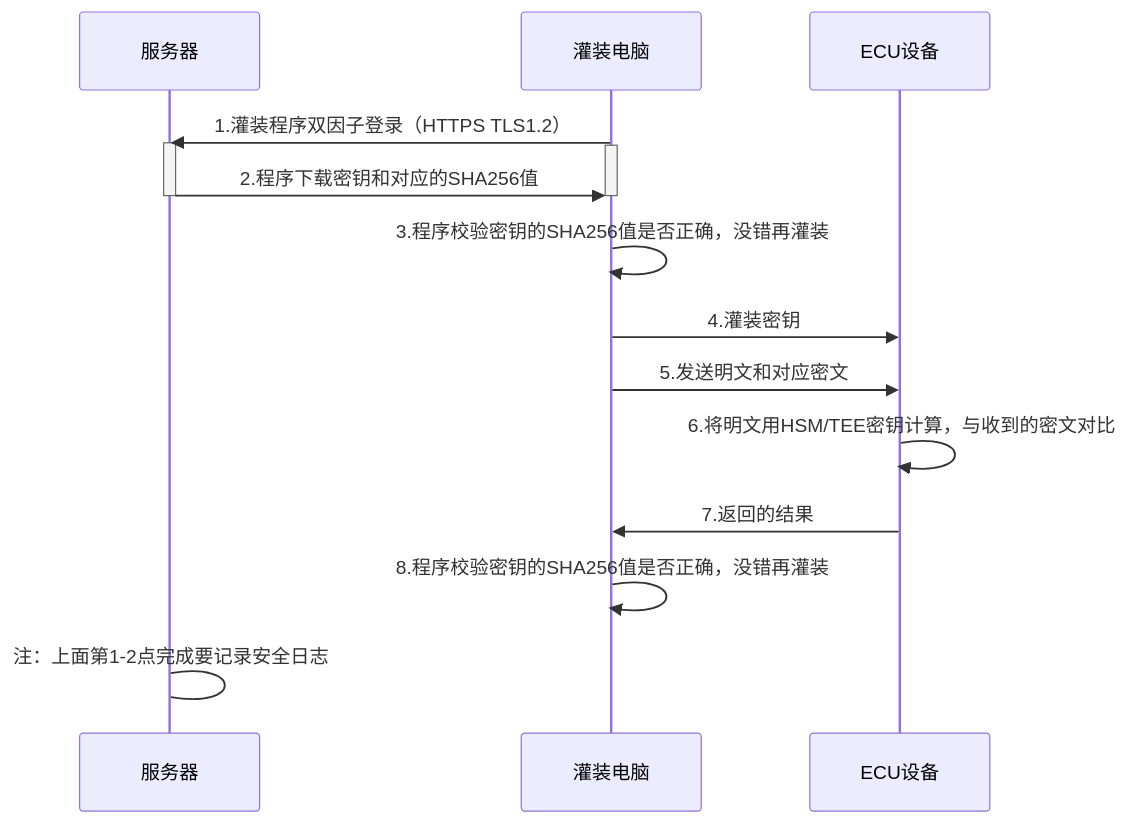
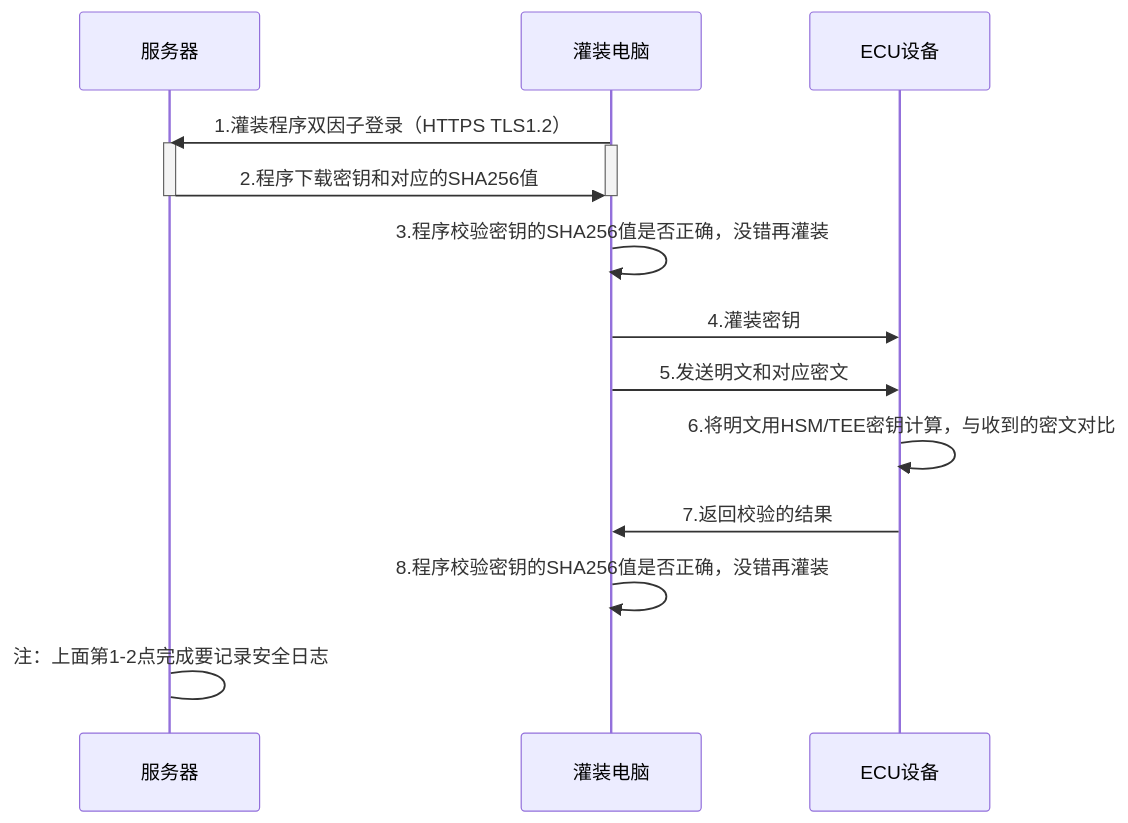
One commit to facebook-cloud/iodraw-files changed the diagram in all/未命名-25.md. Above: the diagram before and after it, drawn with Mermaid.

Commit message:
2026-04-21 15:25:54 update

````diff
--- a/all/未命名-25.md
+++ b/all/未命名-25.md
@@ -1,25 +1,25 @@
 ```mermaid
 sequenceDiagram
   
     participant B as 服务器
     participant D as 灌装电脑
     participant E as ECU设备
 
     D->>B: 1.灌装程序双因子登录（HTTPS TLS1.2）
     activate B
     activate D
 
     B->>D: 2.程序下载密钥和对应的SHA256值 
 
     deactivate B
     deactivate D
     
     D->>D: 3.程序校验密钥的SHA256值是否正确，没错再灌装
     D->>E: 4.灌装密钥
     D->>E: 5.发送明文和对应密文
     E->>E: 6.将明文用HSM/TEE密钥计算，与收到的密文对比
-    E->>D: 7.返回的结果
+    E->>D: 7.返回校验的结果
     D->>D: 8.程序校验密钥的SHA256值是否正确，没错再灌装
 
     B->B: 注：上面第1-2点完成要记录安全日志
 ```
````
